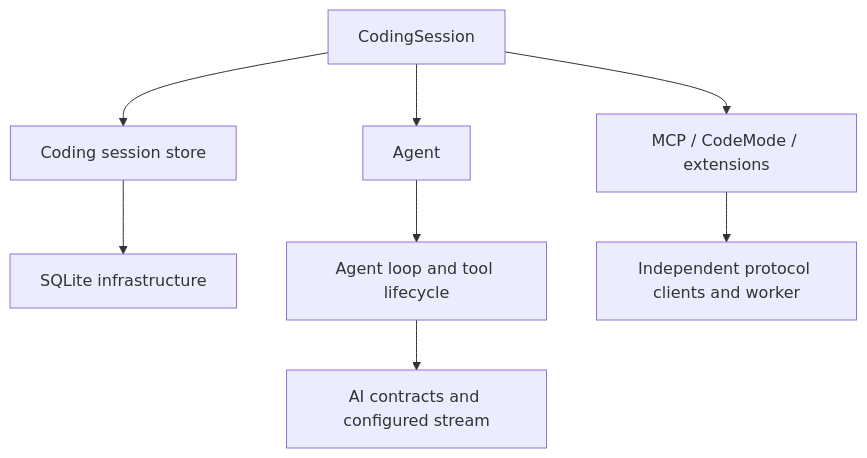
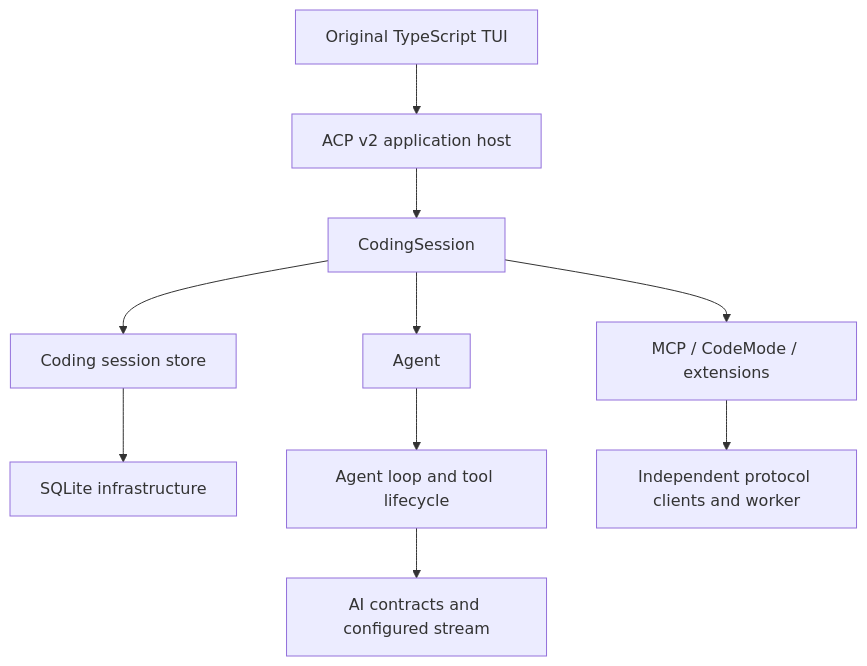
One commit to utopia2077/pirua changed the diagram in docs/architecture/index.md. Above: the diagram before and after it, drawn with Mermaid. The commit also changed other lines of this file and 15 other files, not shown here.

Commit message:
test(tui): verify and document the native terminal application

````diff
--- a/docs/architecture/index.md
+++ b/docs/architecture/index.md
@@ -7,10 +9,12 @@
 ```mermaid
 flowchart TD
+    TUI["Original TypeScript TUI"] --> ACP["ACP v2 application host"]
+    ACP --> Coding
     Coding["CodingSession"] --> Agent["Agent"]
     Coding --> Storage["Coding session store"]
     Storage --> SQLite["SQLite infrastructure"]
     Agent --> Loop["Agent loop and tool lifecycle"]
     Loop --> AI["AI contracts and configured stream"]
     Coding --> Adapters["MCP / CodeMode / extensions"]
     Adapters --> Neutral["Independent protocol clients and worker"]
 ```
````
